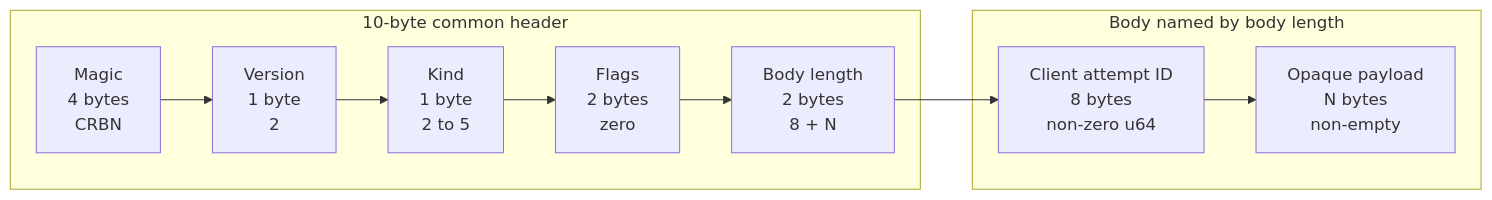
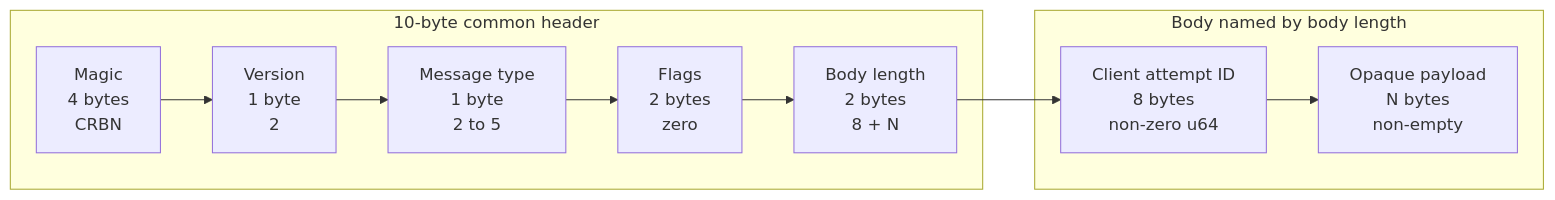
The second of 6 diagrams in docs/handshake-framing-design.md (thiennguyen56/crabnet), drawn with Mermaid before and after one commit. The commit also changed other lines of this file and 6 other files, not shown here.

````diff
--- a/docs/handshake-framing-design.md
+++ b/docs/handshake-framing-design.md
@@ -81,25 +81,25 @@
 ```mermaid
 flowchart LR
     Magic[Magic<br/>4 bytes<br/>CRBN]
     Version[Version<br/>1 byte<br/>2]
-    Kind[Kind<br/>1 byte<br/>2 to 5]
+    Type[Message type<br/>1 byte<br/>2 to 5]
     Flags[Flags<br/>2 bytes<br/>zero]
     Length[Body length<br/>2 bytes<br/>8 + N]
     Attempt[Client attempt ID<br/>8 bytes<br/>non-zero u64]
     Payload[Opaque payload<br/>N bytes<br/>non-empty]
 
-    Magic --> Version --> Kind --> Flags --> Length --> Attempt --> Payload
+    Magic --> Version --> Type --> Flags --> Length --> Attempt --> Payload
 
     subgraph Header[10-byte common header]
         Magic
         Version
-        Kind
+        Type
         Flags
         Length
     end
 
     subgraph Body[Body named by body length]
         Attempt
         Payload
     end
 ```
````
